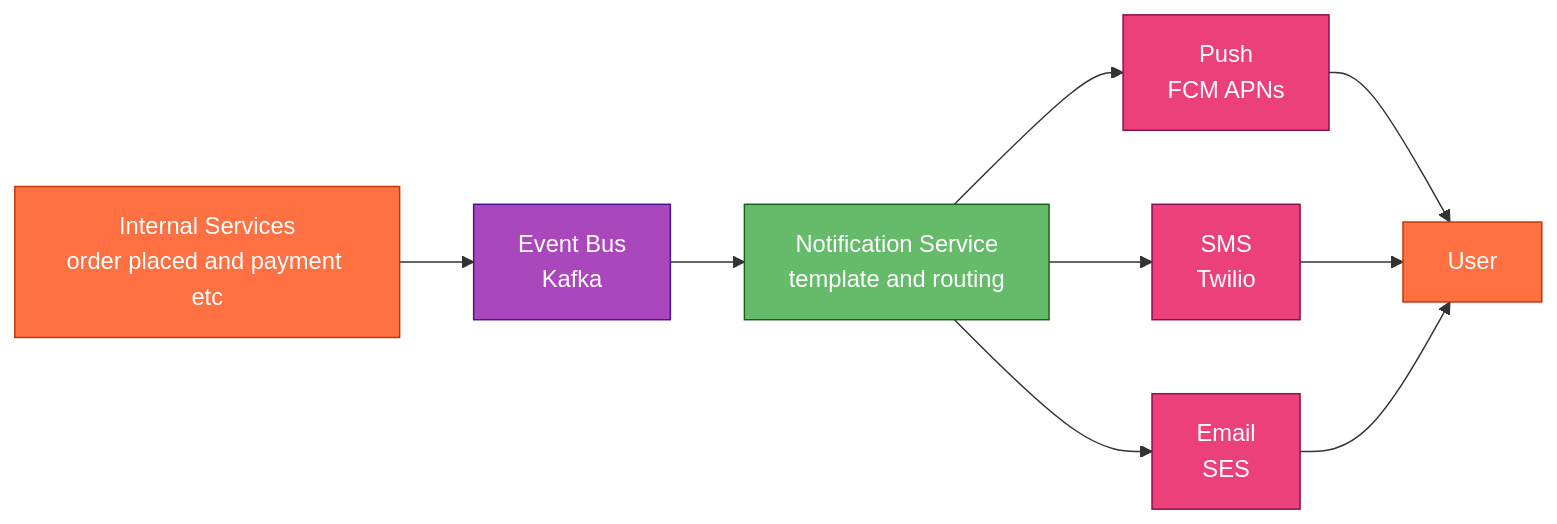
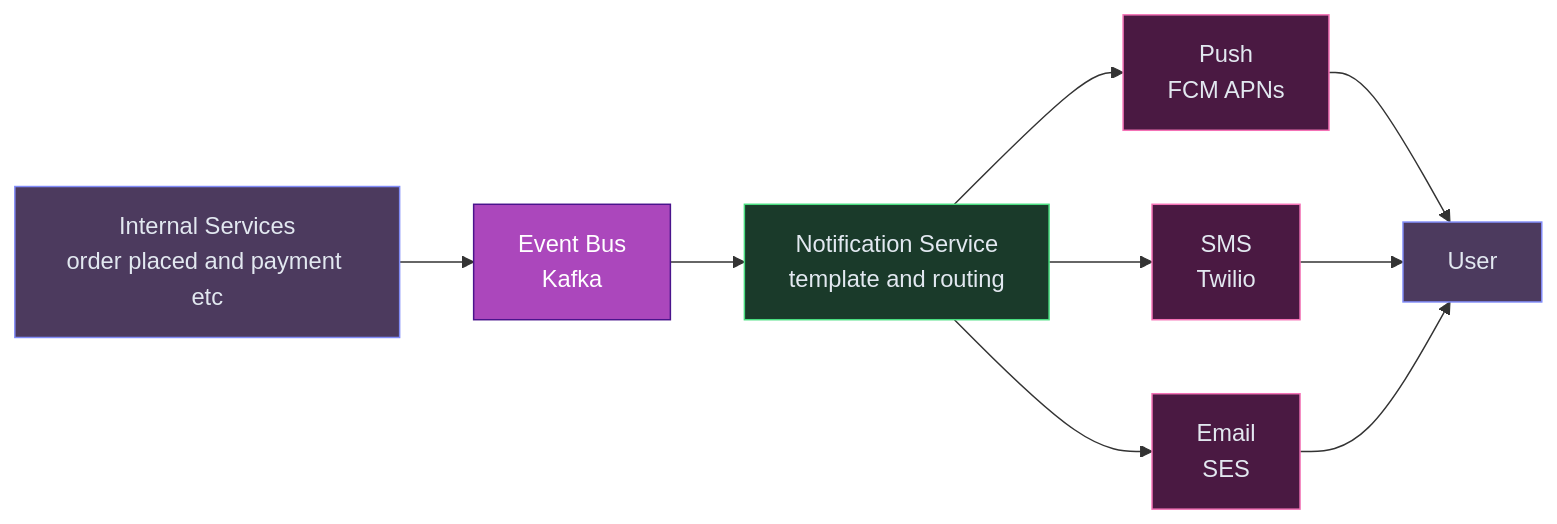
One commit to iluzn/HLD-Designs changed the first of 16 diagrams in content/hld/NotificationSystem.md. Above: the diagram before and after it, drawn with Mermaid. The commit also changed 11 other files, not shown here.

Commit message:
Fix: softer mermaid colors, theme toggle always visible on mobile, consistent across all pages

````diff
--- a/content/hld/NotificationSystem.md
+++ b/content/hld/NotificationSystem.md
@@ -20,24 +20,24 @@
 ```mermaid
 flowchart LR
     SERVICES["Internal Services<br/>order placed and payment etc"]:::client
     BUS["Event Bus<br/>Kafka"]:::async
     NS["Notification Service<br/>template and routing"]:::service
     PUSH["Push<br/>FCM APNs"]:::external
     SMS["SMS<br/>Twilio"]:::external
     EMAIL["Email<br/>SES"]:::external
     USER["User"]:::client
 
     SERVICES --> BUS
     BUS --> NS
     NS --> PUSH
     NS --> SMS
     NS --> EMAIL
     PUSH --> USER
     SMS --> USER
     EMAIL --> USER
 
-    classDef client fill:#FF7043,stroke:#BF360C,color:#fff
-    classDef service fill:#66BB6A,stroke:#1B5E20,color:#fff
+    classDef client fill:#4c3a5e,stroke:#818cf8,color:#e2e8f0
+    classDef service fill:#1a3a2a,stroke:#4ade80,color:#e2e8f0
     classDef async fill:#AB47BC,stroke:#4A148C,color:#fff
-    classDef external fill:#EC407A,stroke:#880E4F,color:#fff
+    classDef external fill:#4a1942,stroke:#f472b6,color:#e2e8f0
 ```
````
